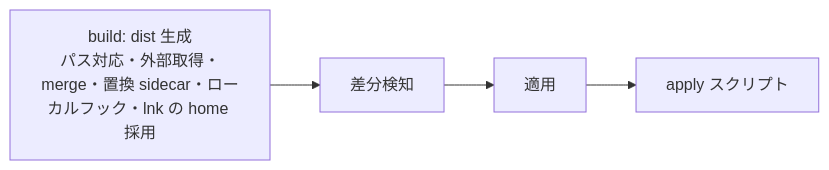
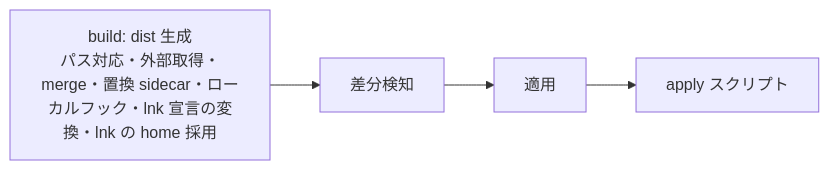
The diagram in dotfiles-manager/SPEC.md (CatBraaain/dotfiles), drawn with Mermaid before and after one commit. The commit also changed other lines of this file and 9 other files, not shown here.

````diff
--- a/dotfiles-manager/SPEC.md
+++ b/dotfiles-manager/SPEC.md
@@ -14,6 +14,6 @@
 ```mermaid
 flowchart LR
-  A[build: dist 生成<br>パス対応・外部取得・merge・置換 sidecar・ローカルフック・lnk の home 採用] --> B[差分検知]
+  A[build: dist 生成<br>パス対応・外部取得・merge・置換 sidecar・ローカルフック・lnk 宣言の変換・lnk の home 採用] --> B[差分検知]
   B --> D[適用]
   D --> E[apply スクリプト]
 ```
````
